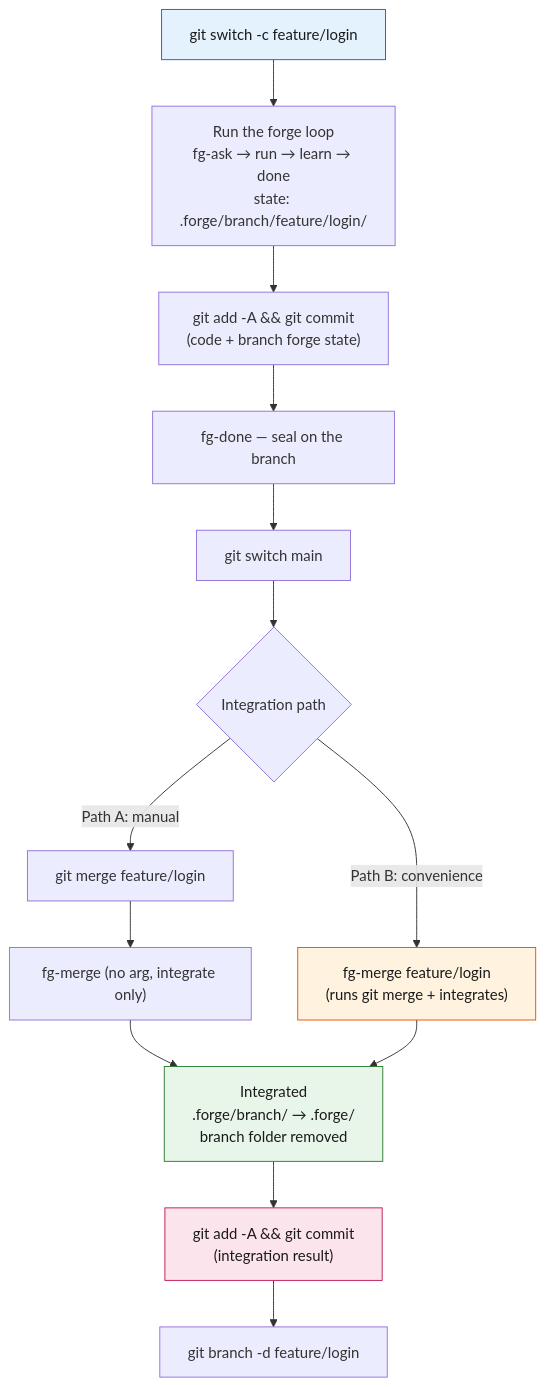
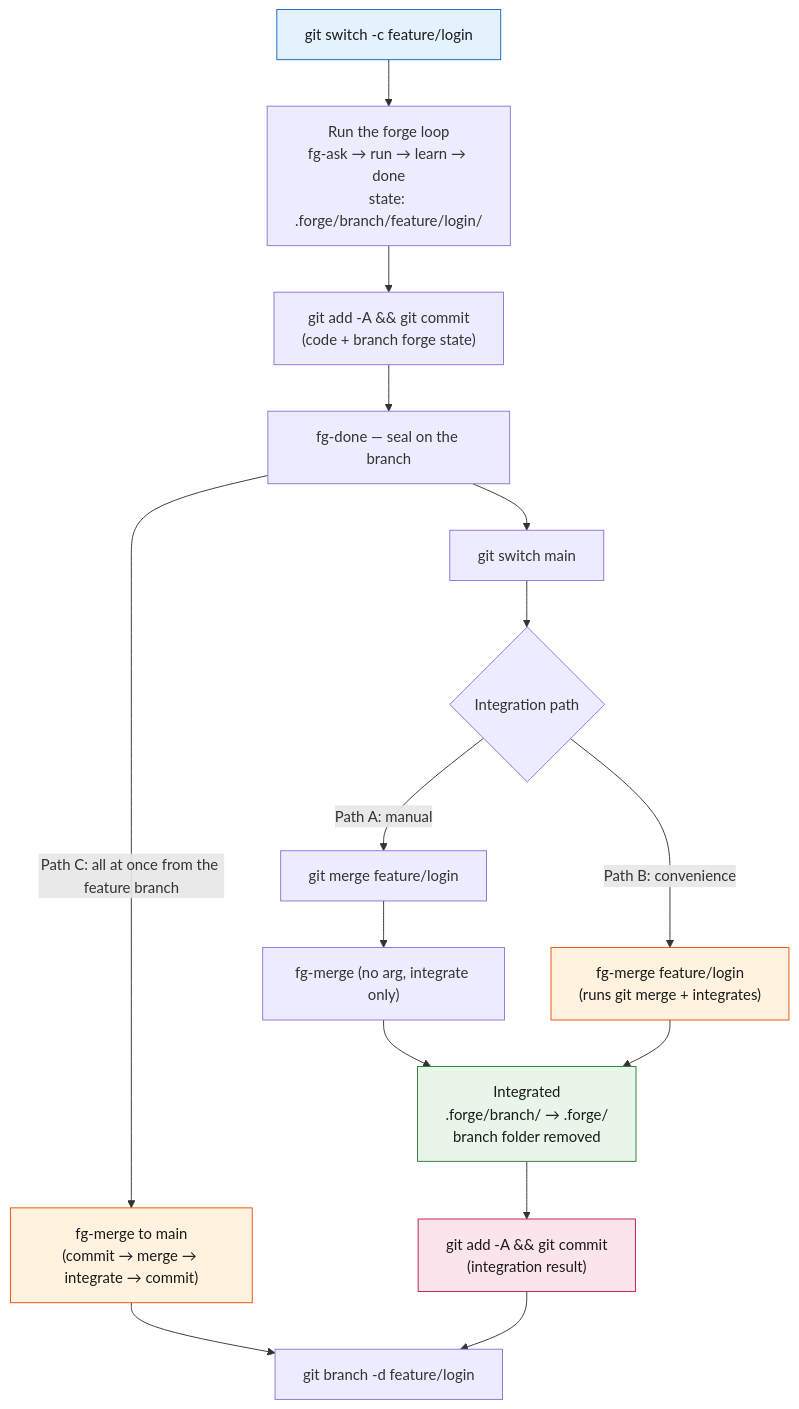
One commit to gyuha/forge changed the diagram in docs/en/git-workflow.md. Above: the diagram before and after it, drawn with Mermaid. The commit also changed other lines of this file and 15 other files, not shown here.

First line of the commit message:
feat(fg-merge): add `fg-merge to <target>` mode to ship a feature branch

````diff
--- a/docs/en/git-workflow.md
+++ b/docs/en/git-workflow.md
@@ -120,20 +123,23 @@
 ```mermaid
 flowchart TD
     A["git switch -c feature/login"] --> B["Run the forge loop<br/>fg-ask → run → learn → done<br/>state: .forge/branch/feature/login/"]
     B --> C["git add -A && git commit<br/>(code + branch forge state)"]
     C --> D["fg-done — seal on the branch"]
     D --> E["git switch main"]
     E --> F{"Integration path"}
     F -->|"Path A: manual"| G["git merge feature/login"]
     G --> H["fg-merge (no arg, integrate only)"]
     F -->|"Path B: convenience"| I["fg-merge feature/login<br/>(runs git merge + integrates)"]
+    D -->|"Path C: all at once from the feature branch"| M["fg-merge to main<br/>(commit → merge → integrate → commit)"]
+    M --> L
     H --> J["Integrated<br/>.forge/branch/ → .forge/<br/>branch folder removed"]
     I --> J
     J --> K["git add -A && git commit<br/>(integration result)"]
     K --> L["git branch -d feature/login"]
 
     style A fill:#e3f2fd,stroke:#1565c0,color:#1a1a1a
     style I fill:#fff3e0,stroke:#e65100,color:#1a1a1a
+    style M fill:#fff3e0,stroke:#e65100,color:#1a1a1a
     style J fill:#e8f5e9,stroke:#2e7d32,color:#1a1a1a
     style K fill:#fce4ec,stroke:#c2185b,color:#1a1a1a
 ```
````
